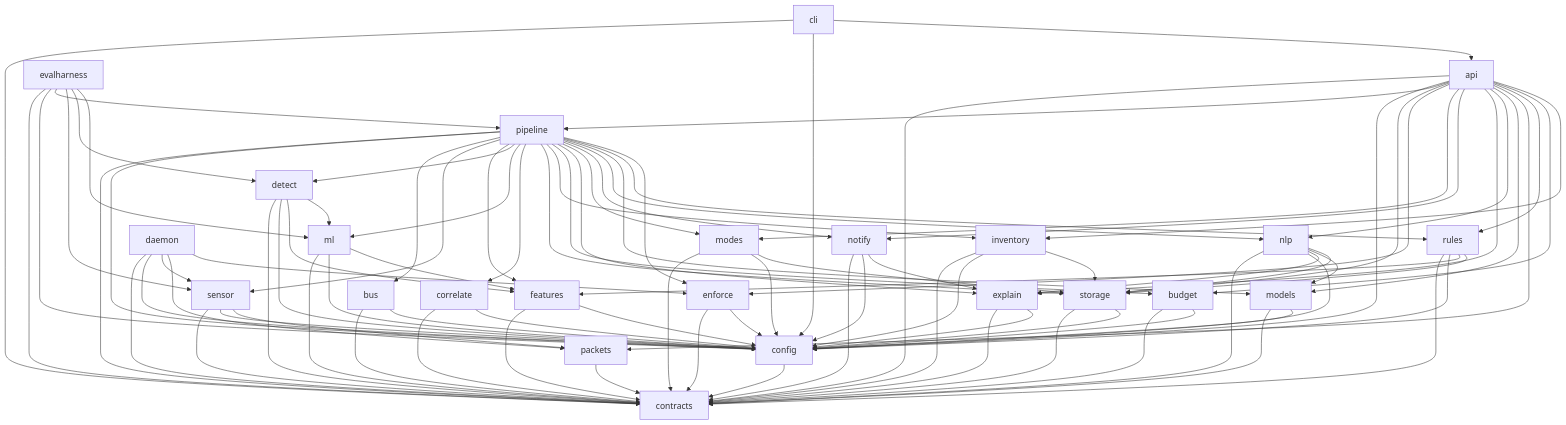
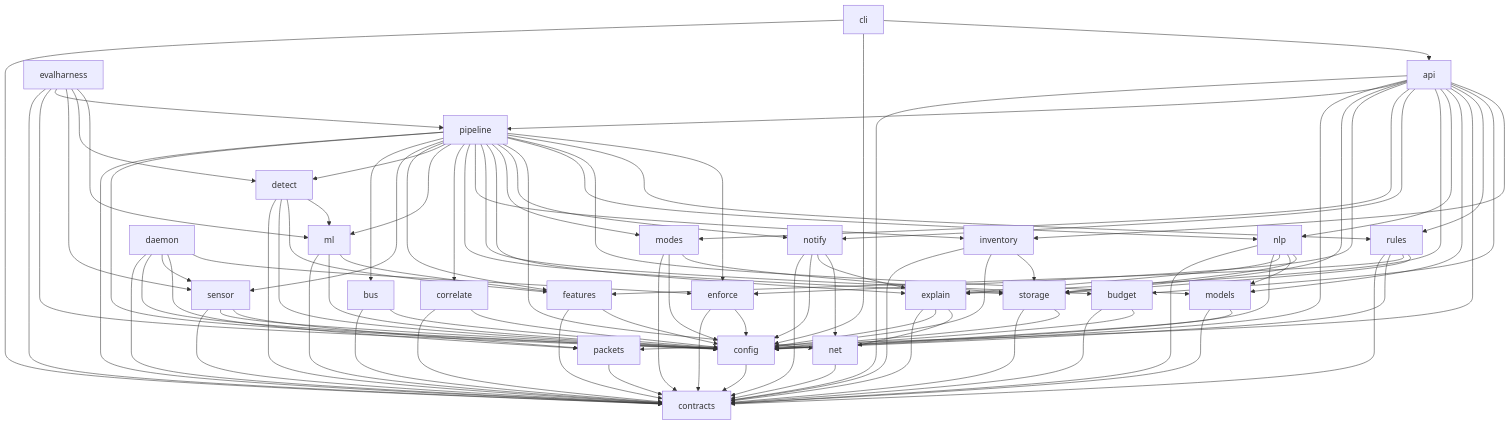
One commit to MRX-72/Hackt0b3r changed the diagram in docs/diagrams/05-module-dependencies.mmd. Above: the diagram before and after it, drawn with Mermaid. The commit also changed 22 other files, not shown here.

```diff
--- a/docs/diagrams/05-module-dependencies.mmd
+++ b/docs/diagrams/05-module-dependencies.mmd
@@ -1,95 +1,99 @@
 %% 05 Module dependencies. An edge A --> B means A MAY import B. tests/test_architecture.py parses this file.
 %% Anything not listed is forbidden. Stage 0 module set; later modules are added here in the same commit as their code.
 flowchart TB
   config --> contracts
   storage --> contracts
   storage --> config
   bus --> contracts
   bus --> config
   packets --> contracts
   sensor --> contracts
   sensor --> config
   sensor --> packets
   features --> contracts
   features --> config
   inventory --> contracts
   inventory --> config
   inventory --> storage
   ml --> contracts
   ml --> config
   ml --> features
   detect --> contracts
   detect --> config
   detect --> features
   detect --> ml
   correlate --> contracts
   correlate --> config
+  net --> contracts
   explain --> contracts
   explain --> config
+  explain --> net
   models --> contracts
   models --> config
   nlp --> contracts
   nlp --> config
   nlp --> explain
   nlp --> models
   nlp --> storage
   budget --> contracts
   budget --> config
   enforce --> contracts
   enforce --> config
   rules --> contracts
   rules --> config
   rules --> features
   rules --> storage
   modes --> contracts
   modes --> config
   modes --> storage
   notify --> contracts
   notify --> config
   notify --> explain
+  notify --> net
   daemon --> contracts
   daemon --> config
   daemon --> sensor
   daemon --> packets
   daemon --> enforce
   pipeline --> contracts
   pipeline --> config
   pipeline --> bus
   pipeline --> sensor
   pipeline --> features
   pipeline --> detect
   pipeline --> ml
   pipeline --> correlate
   pipeline --> storage
   pipeline --> inventory
   pipeline --> budget
   pipeline --> explain
   pipeline --> modes
   pipeline --> notify
+  pipeline --> net
   pipeline --> nlp
   pipeline --> models
   pipeline --> rules
   pipeline --> enforce
   api --> contracts
   api --> config
   api --> pipeline
   api --> storage
   api --> enforce
   api --> modes
   api --> notify
   api --> explain
   api --> nlp
   api --> models
   api --> packets
   api --> rules
   api --> budget
   api --> inventory
   cli --> contracts
   cli --> config
   cli --> api
   evalharness --> contracts
   evalharness --> config
   evalharness --> pipeline
   evalharness --> sensor
   evalharness --> detect
   evalharness --> ml
```
